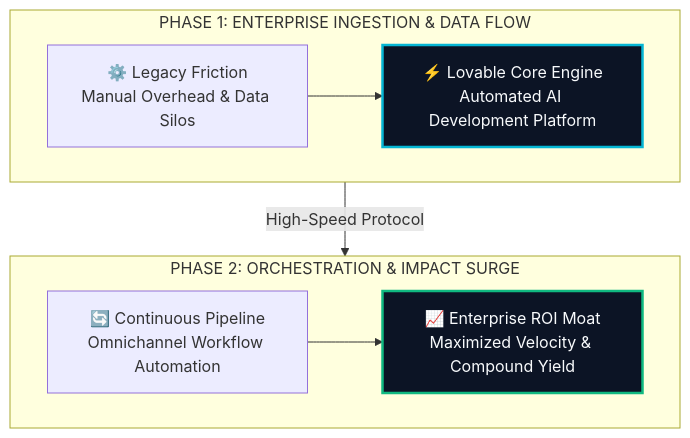
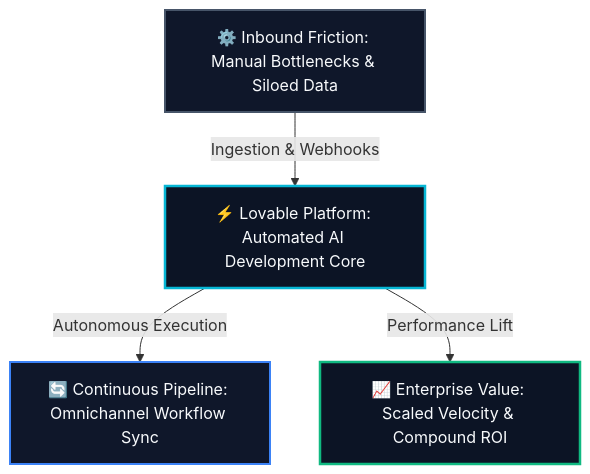
One commit to heliatech-media/saas-radar changed the diagram in site/src/content/blog/lovable-evolution-guide-2026.md. Above: the diagram before and after it, drawn with Mermaid. The commit also changed 93 other files, not shown here.

First line of the commit message:
fix(diagrams): resolve dagre-d3 subgraph collision by migrating to balanced 3-tier Hub & Spoke architecture

````diff
--- a/site/src/content/blog/lovable-evolution-guide-2026.md
+++ b/site/src/content/blog/lovable-evolution-guide-2026.md
@@ -51,14 +51,14 @@
 ```mermaid
 flowchart TD
-    subgraph S1["PHASE 1: ENTERPRISE INGESTION & DATA FLOW"]
-        direction LR
-        A["⚙️ Legacy Friction<br/>Manual Overhead & Data Silos"] --> B["⚡ Lovable Core Engine<br/>Automated AI Development Platform"]
-    end
-    subgraph S2["PHASE 2: ORCHESTRATION & IMPACT SURGE"]
-        direction LR
-        C["🔄 Continuous Pipeline<br/>Omnichannel Workflow Automation"] --> D["📈 Enterprise ROI Moat<br/>Maximized Velocity & Compound Yield"]
-    end
-    S1 -->|High-Speed Protocol| S2
-    style B fill:#0c1425,stroke:#06b6d4,stroke-width:2.5px,color:#f8fafc
-    style D fill:#0c1425,stroke:#10b981,stroke-width:2.5px,color:#f8fafc
+    Inp["⚙️ Inbound Friction: Manual Bottlenecks & Siloed Data"]
+    Eng["⚡ Lovable Platform: Automated AI Development Core"]
+    Out1["🔄 Continuous Pipeline: Omnichannel Workflow Sync"]
+    Out2["📈 Enterprise Value: Scaled Velocity & Compound ROI"]
+    Inp -->|Ingestion & Webhooks| Eng
+    Eng -->|Autonomous Execution| Out1
+    Eng -->|Performance Lift| Out2
+    style Inp fill:#0f172a,stroke:#475569,stroke-width:2px,color:#f8fafc
+    style Eng fill:#0c1425,stroke:#06b6d4,stroke-width:2.5px,color:#f8fafc
+    style Out1 fill:#0f172a,stroke:#3b82f6,stroke-width:2px,color:#f8fafc
+    style Out2 fill:#0c1425,stroke:#10b981,stroke-width:2.5px,color:#f8fafc
 ```
````
